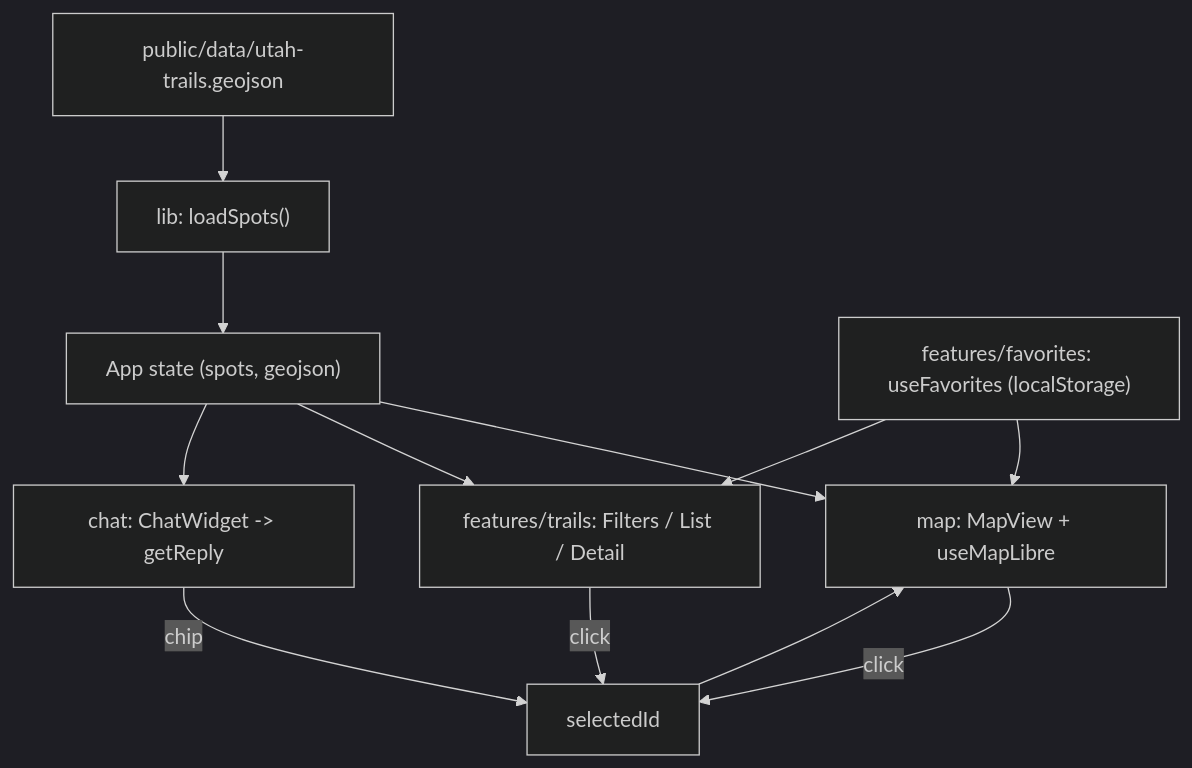
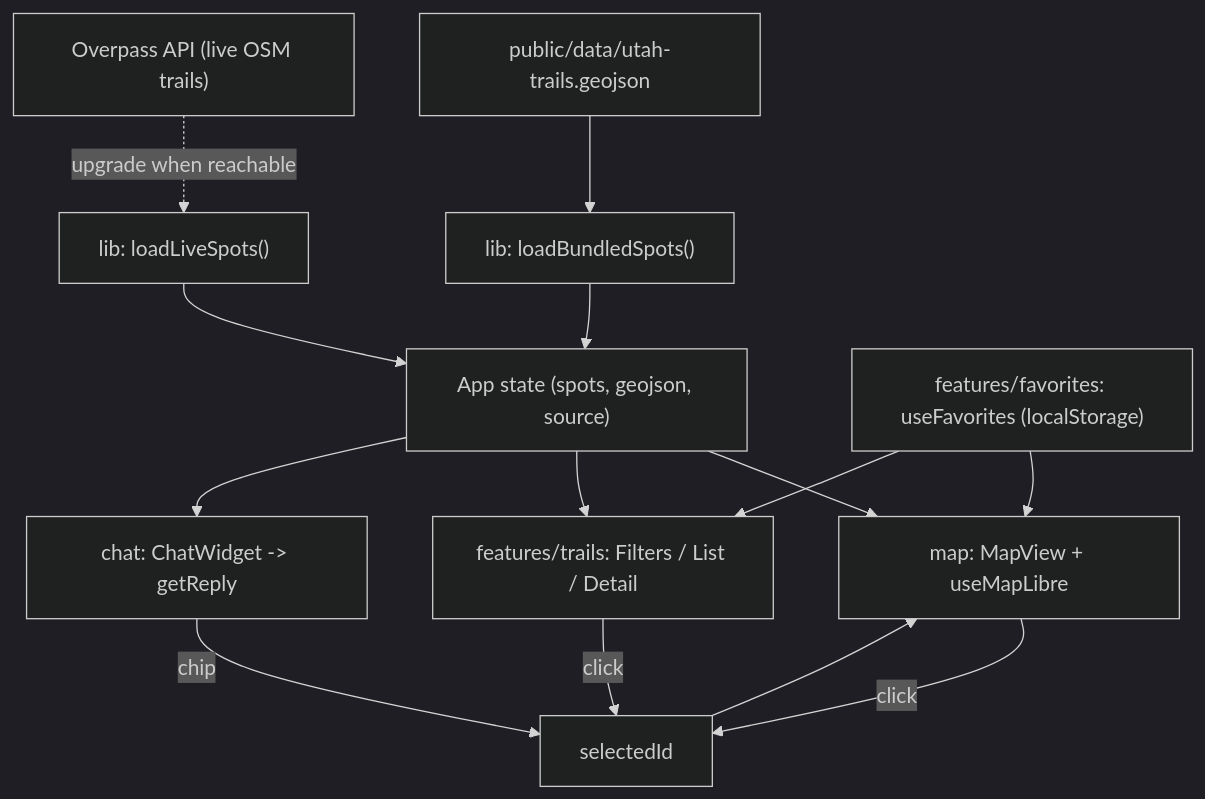
The diagram in ARCHITECTURE.md (Snanney/outdoors_lifestyle_app), drawn with Mermaid (dark theme) before and after one commit. The commit also changed other lines of this file and 13 other files, not shown here.

Commit message:
Add live OSM (Overpass) trail data with bundled fallback; drop pin + highlight on selected trail

````diff
--- a/ARCHITECTURE.md
+++ b/ARCHITECTURE.md
@@ -37,14 +37,16 @@
 ```mermaid
 flowchart TD
-    Seed["public/data/utah-trails.geojson"] --> Loader["lib: loadSpots()"]
-    Loader --> AppState["App state (spots, geojson)"]
+    Seed["public/data/utah-trails.geojson"] --> Loader["lib: loadBundledSpots()"]
+    Overpass["Overpass API (live OSM trails)"] -.->|upgrade when reachable| Live["lib: loadLiveSpots()"]
+    Loader --> AppState["App state (spots, geojson, source)"]
+    Live --> AppState
     AppState --> MapMod["map: MapView + useMapLibre"]
     AppState --> TrailsMod["features/trails: Filters / List / Detail"]
     AppState --> ChatMod["chat: ChatWidget -> getReply"]
     FavMod["features/favorites: useFavorites (localStorage)"] --> MapMod
     FavMod --> TrailsMod
     MapMod -->|click| Select["selectedId"]
     TrailsMod -->|click| Select
     ChatMod -->|chip| Select
     Select --> MapMod
 ```
````
